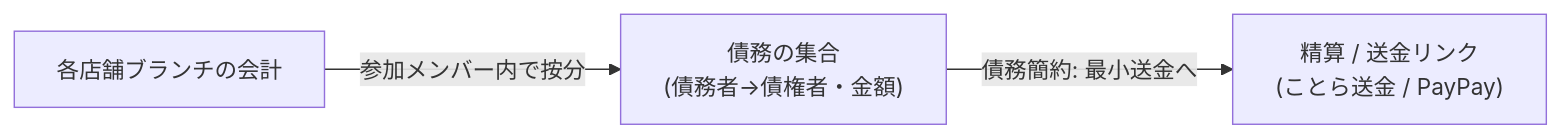
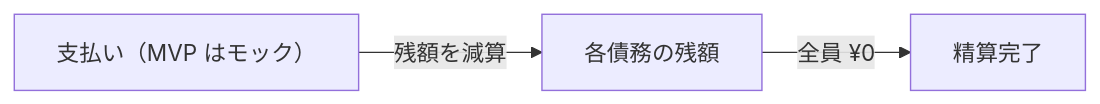
Before and after one commit to katsudon08/kanjo-kun: the fourth of 4 diagrams in docs/domain.md, drawn with Mermaid. The commit also changed other lines of this file and 1 other file, not shown here.

````diff
--- a/docs/domain.md
+++ b/docs/domain.md
@@ -111,5 +101,5 @@
 ```mermaid
 flowchart LR
-    AC["各店舗ブランチの会計"] -->|参加メンバー内で按分| DEBT["債務の集合<br/>(債務者→債権者・金額)"]
-    DEBT -->|債務簡約: 最小送金へ| SETTLE["精算 / 送金リンク<br/>(ことら送金 / PayPay)"]
+    PAY["支払い（MVP はモック）"] -->|残額を減算| REM["各債務の残額"]
+    REM -->|全員 ¥0| DONE["精算完了"]
 ```
````
